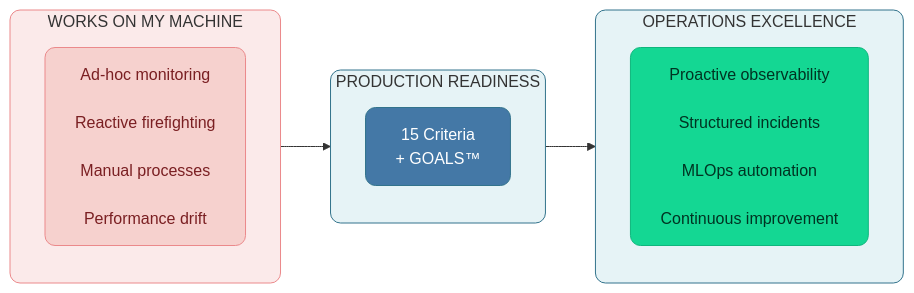
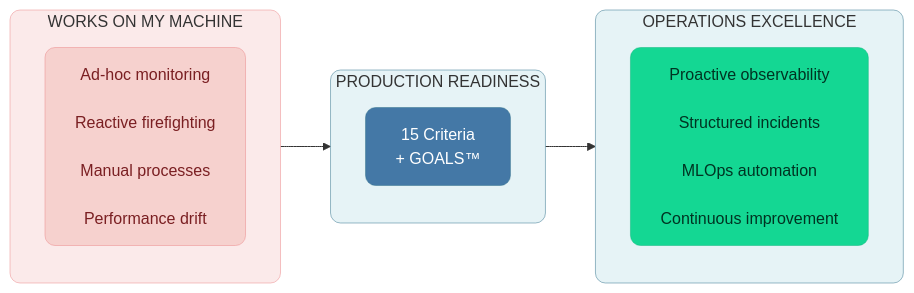
One commit to saitejesh-cyber/trust-before-intelligence-book changed the first of 6 diagrams in manuscript/13_chapter_12_running_agents_at_scale_v1_2.md. Above: the diagram before and after it, drawn with Mermaid. The commit also changed other lines of this file and 12 other files, not shown here.

Commit message:
Update stroke width to 0.5px instead of 1px to all the diagrams

````diff
--- a/manuscript/13_chapter_12_running_agents_at_scale_v1_2.md
+++ b/manuscript/13_chapter_12_running_agents_at_scale_v1_2.md
@@ -9,28 +9,28 @@
 ```mermaid
 
 graph LR
     subgraph BEFORE["WORKS ON MY MACHINE"]
         direction TB
         B1["Ad-hoc monitoring<br/><br/>Reactive firefighting<br/><br/>Manual processes<br/><br/>Performance drift"]
     end
     
     subgraph TRANSFORM["PRODUCTION READINESS"]
         direction TB
         T1["15 Criteria<br/>+ GOALS™"]
     end
     
     subgraph AFTER["OPERATIONS EXCELLENCE"]
         direction TB
         A1["Proactive observability<br/><br/>Structured incidents<br/><br/>MLOps automation<br/><br/>Continuous improvement"]
     end
     
     BEFORE --> TRANSFORM --> AFTER
     
-    style BEFORE fill:#FBEAEA,stroke:#EB898B,stroke-width:1px,rx:10,ry:10
-    style TRANSFORM fill:#E6F3F6,stroke:#32738C,stroke-width:1px,rx:10,ry:10
-    style AFTER fill:#E6F3F6,stroke:#32738C,stroke-width:1px,rx:10,ry:10
-    style B1 fill:#F6D1CE,stroke:#EB898B,stroke-width:1px,color:#7A1F22,rx:10,ry:10
-    style T1 fill:#4478A6,stroke:#32738C,stroke-width:1px,color:#ffffff,rx:10,ry:10
-    style A1 fill:#14D793,stroke:#0FB67D,stroke-width:1px,color:#003322,rx:10,ry:10
+    style BEFORE fill:#FBEAEA,stroke:#EB898B,stroke-width:0.5px,rx:10,ry:10
+    style TRANSFORM fill:#E6F3F6,stroke:#32738C,stroke-width:0.5px,rx:10,ry:10
+    style AFTER fill:#E6F3F6,stroke:#32738C,stroke-width:0.5px,rx:10,ry:10
+    style B1 fill:#F6D1CE,stroke:#EB898B,stroke-width:0.5px,color:#7A1F22,rx:10,ry:10
+    style T1 fill:#4478A6,stroke:#32738C,stroke-width:0.5px,color:#ffffff,rx:10,ry:10
+    style A1 fill:#14D793,stroke:#0FB67D,stroke-width:0.5px,color:#003322,rx:10,ry:10
 
 ```
````
